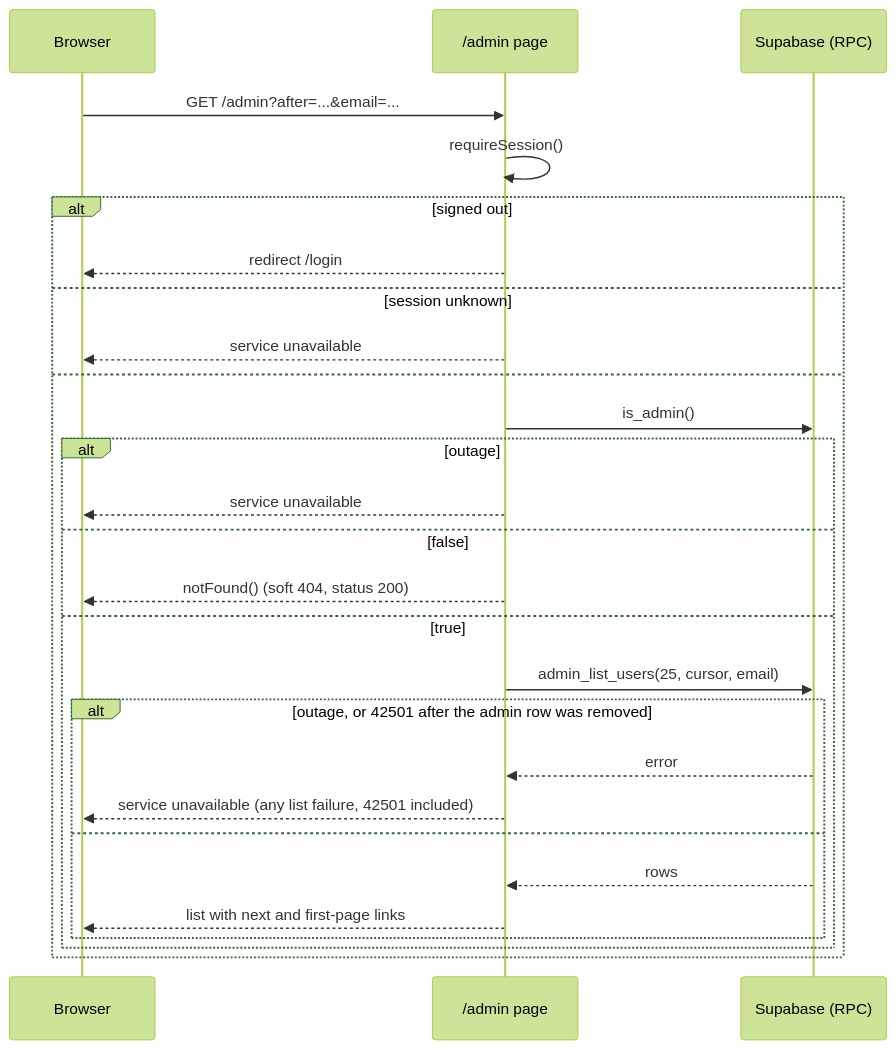
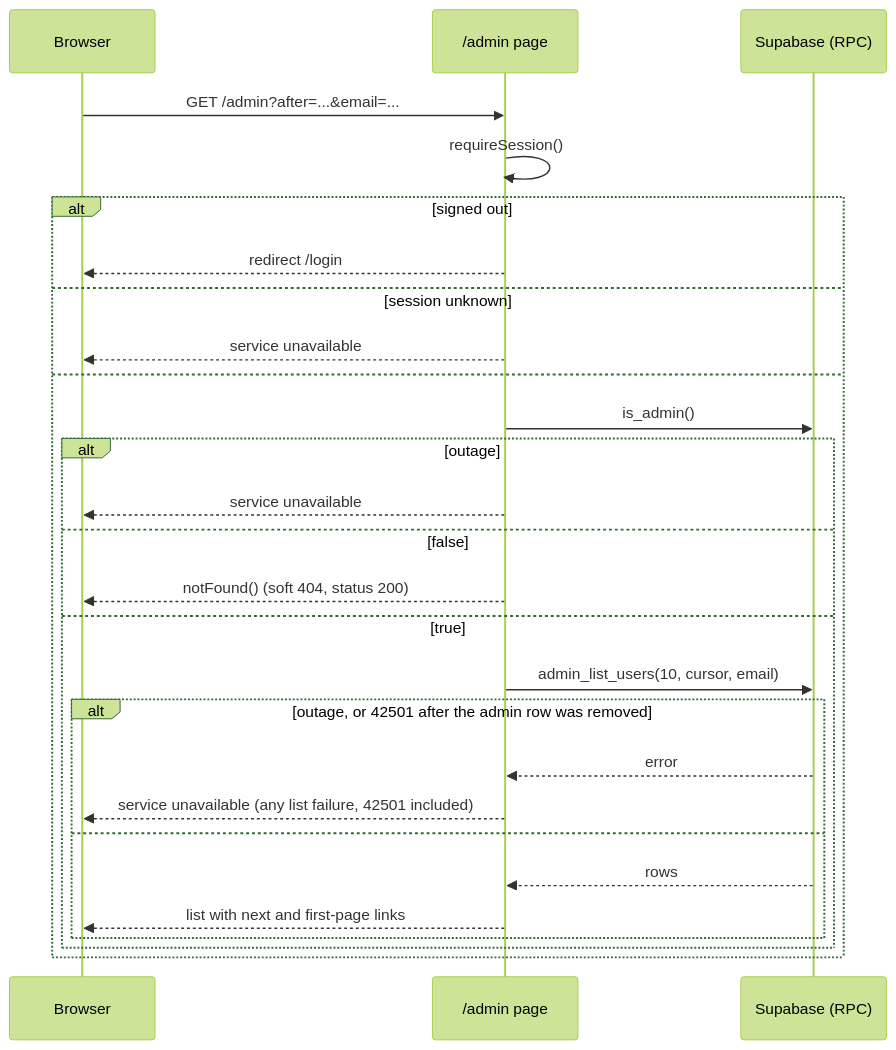
Before and after one commit to EvgeniyKrishtopa/Poetry-Hub: the fifth of 5 diagrams in openspec/changes/admin-moderation/design.md, drawn with Mermaid (forest theme). The commit also changed other lines of this file and 3 other files, not shown here.

First line of the commit message:
fix(admin-moderation): 10 users per /admin page instead of 25

````diff
--- a/openspec/changes/admin-moderation/design.md
+++ b/openspec/changes/admin-moderation/design.md
@@ -384,29 +384,29 @@
 ```mermaid
 sequenceDiagram
   participant A as Browser
   participant P as /admin page
   participant DB as Supabase (RPC)
   A->>P: GET /admin?after=...&email=...
   P->>P: requireSession()
   alt signed out
     P-->>A: redirect /login
   else session unknown
     P-->>A: service unavailable
   else
     P->>DB: is_admin()
     alt outage
       P-->>A: service unavailable
     else false
       P-->>A: notFound() (soft 404, status 200)
     else true
-      P->>DB: admin_list_users(25, cursor, email)
+      P->>DB: admin_list_users(10, cursor, email)
       alt outage, or 42501 after the admin row was removed
         DB-->>P: error
         P-->>A: service unavailable (any list failure, 42501 included)
       else
         DB-->>P: rows
         P-->>A: list with next and first-page links
       end
     end
   end
 ```
````
